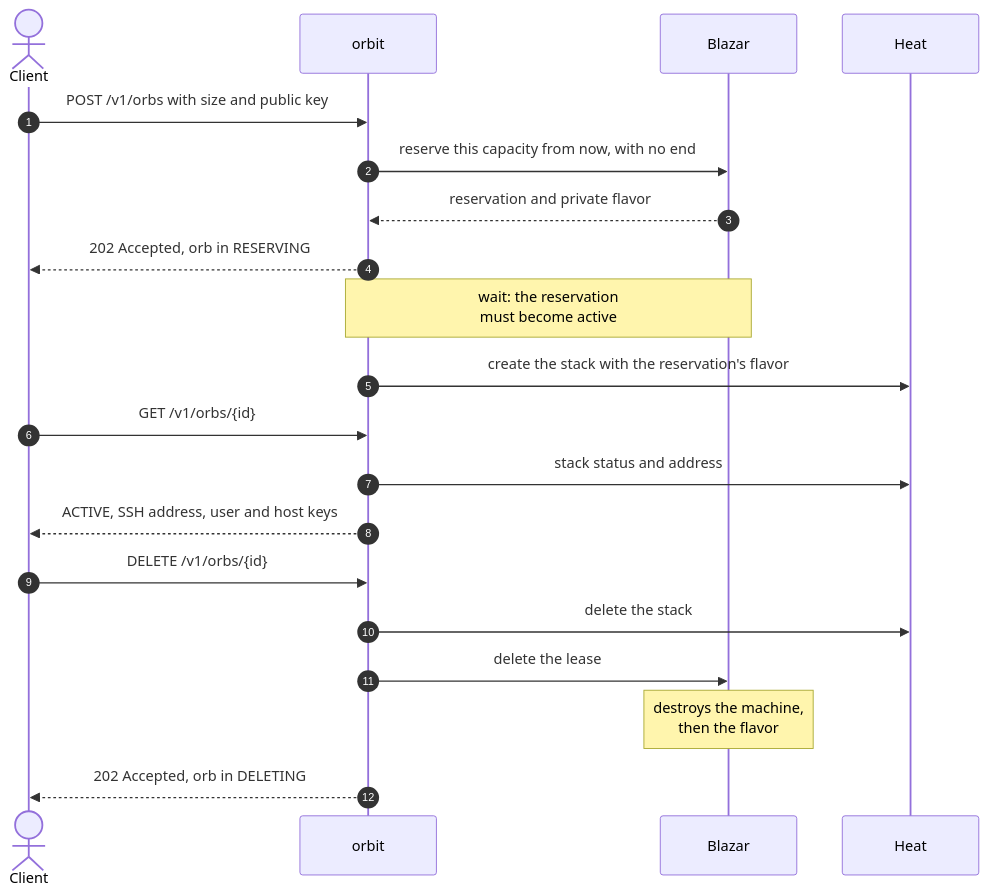
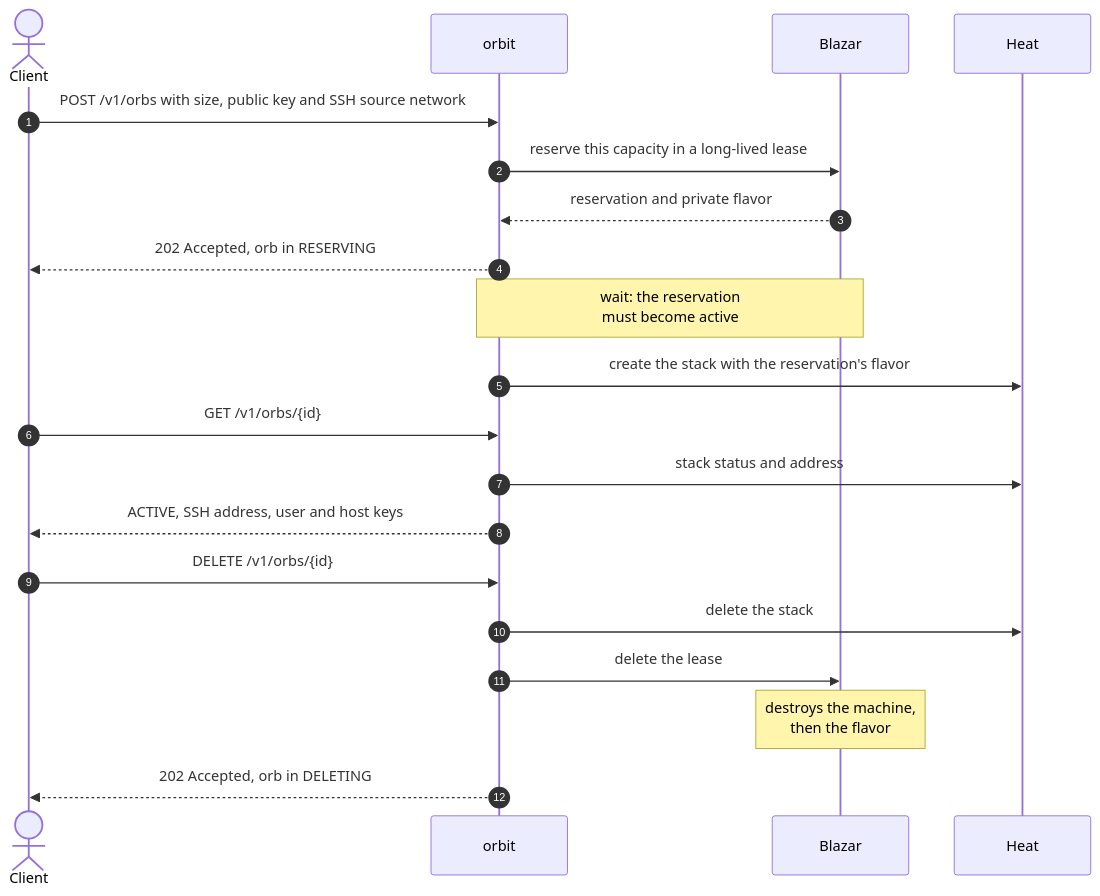
One commit to taekwondodev/orbit changed the diagram in README.md. Above: the diagram before and after it, drawn with Mermaid. The commit also changed other lines of this file and 24 other files, not shown here.

````diff
--- a/README.md
+++ b/README.md
@@ -45,26 +45,26 @@
 ```mermaid
 sequenceDiagram
     autonumber
     actor C as Client
     participant A as orbit
     participant B as Blazar
     participant H as Heat
 
-    C->>A: POST /v1/orbs with size and public key
-    A->>B: reserve this capacity from now, with no end
+    C->>A: POST /v1/orbs with size, public key and SSH source network
+    A->>B: reserve this capacity in a long-lived lease
     B-->>A: reservation and private flavor
     A-->>C: 202 Accepted, orb in RESERVING
 
     Note over A,B: wait: the reservation<br/>must become active
     A->>H: create the stack with the reservation's flavor
 
     C->>A: GET /v1/orbs/{id}
     A->>H: stack status and address
     A-->>C: ACTIVE, SSH address, user and host keys
 
     C->>A: DELETE /v1/orbs/{id}
     A->>H: delete the stack
     A->>B: delete the lease
     Note over B: destroys the machine,<br/>then the flavor
     A-->>C: 202 Accepted, orb in DELETING
 ```
````
